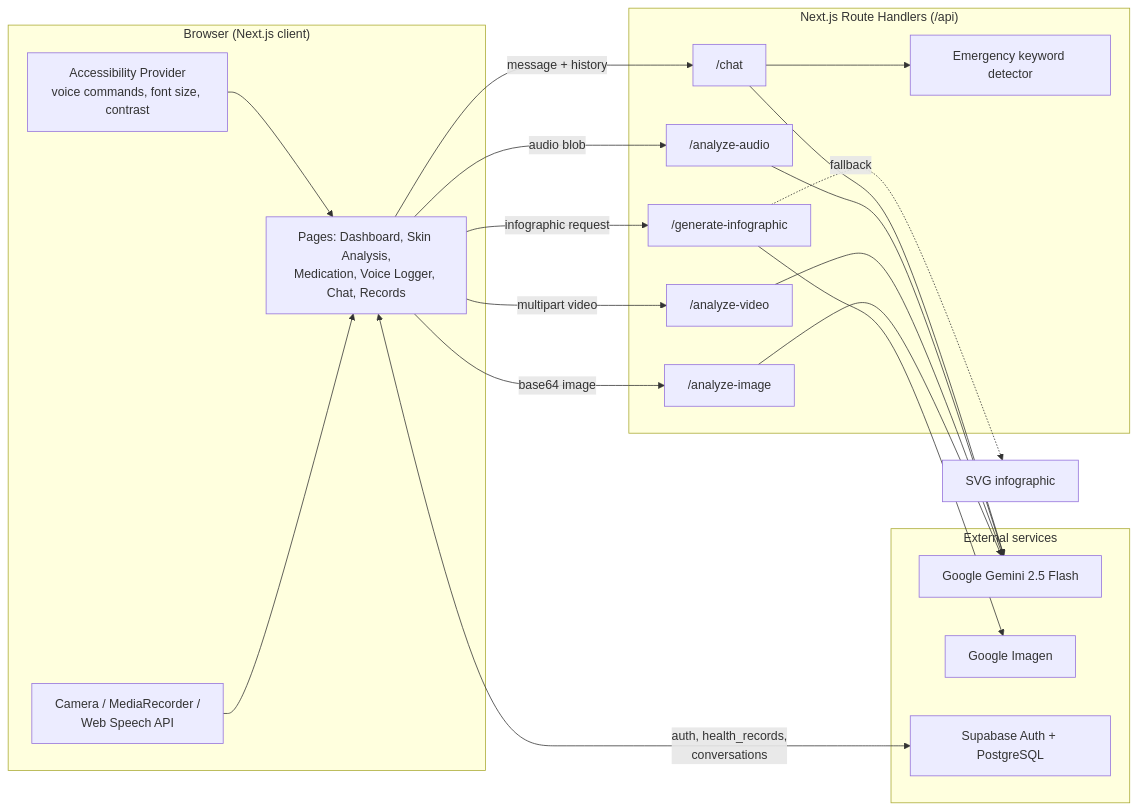
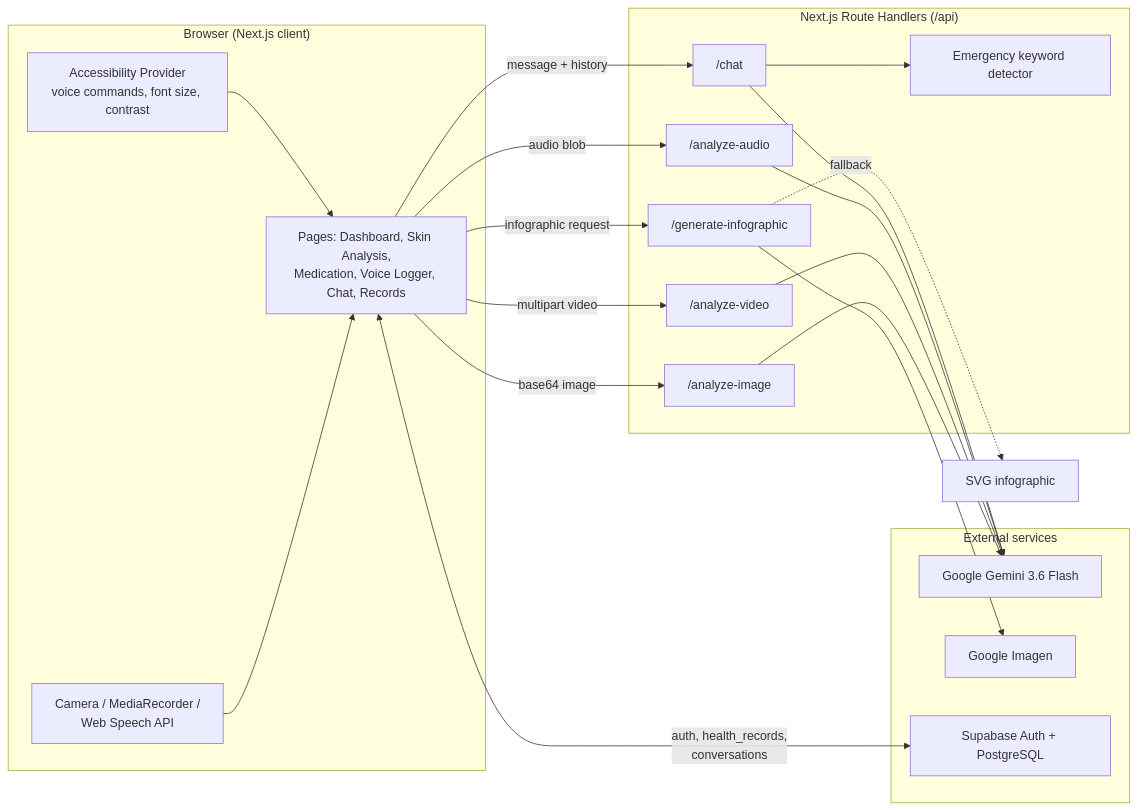
Before and after one commit to acorn266/CareLens-AI: the diagram in README.md, drawn with Mermaid. The commit also changed other lines of this file and 4 other files, not shown here.

First line of the commit message:
feat(ai): migrate to gemini-3.6-flash with 3.5-flash-lite fallback on 429/503

````diff
--- a/README.md
+++ b/README.md
@@ -124,36 +124,36 @@
 ```mermaid
 flowchart LR
     subgraph Client["Browser (Next.js client)"]
         UI["Pages: Dashboard, Skin Analysis,<br/>Medication, Voice Logger, Chat, Records"]
         A11y["Accessibility Provider<br/>voice commands, font size, contrast"]
         Media["Camera / MediaRecorder /<br/>Web Speech API"]
     end
 
     subgraph Server["Next.js Route Handlers (/api)"]
         Img["/analyze-image"]
         Vid["/analyze-video"]
         Aud["/analyze-audio"]
         Chat["/chat"]
         Info["/generate-infographic"]
         Emerg["Emergency keyword detector"]
     end
 
     subgraph External["External services"]
-        Gemini["Google Gemini 2.5 Flash"]
+        Gemini["Google Gemini 3.6 Flash"]
         Imagen["Google Imagen"]
         Supa["Supabase Auth + PostgreSQL"]
     end
 
     Media --> UI
     A11y --> UI
     UI -->|base64 image| Img
     UI -->|multipart video| Vid
     UI -->|audio blob| Aud
     UI -->|message + history| Chat
     UI -->|infographic request| Info
     Chat --> Emerg
     Img & Vid & Aud & Chat --> Gemini
     Info --> Imagen
     Info -.->|fallback| SVG["SVG infographic"]
     UI <-->|auth, health_records,<br/>conversations| Supa
 ```
````
